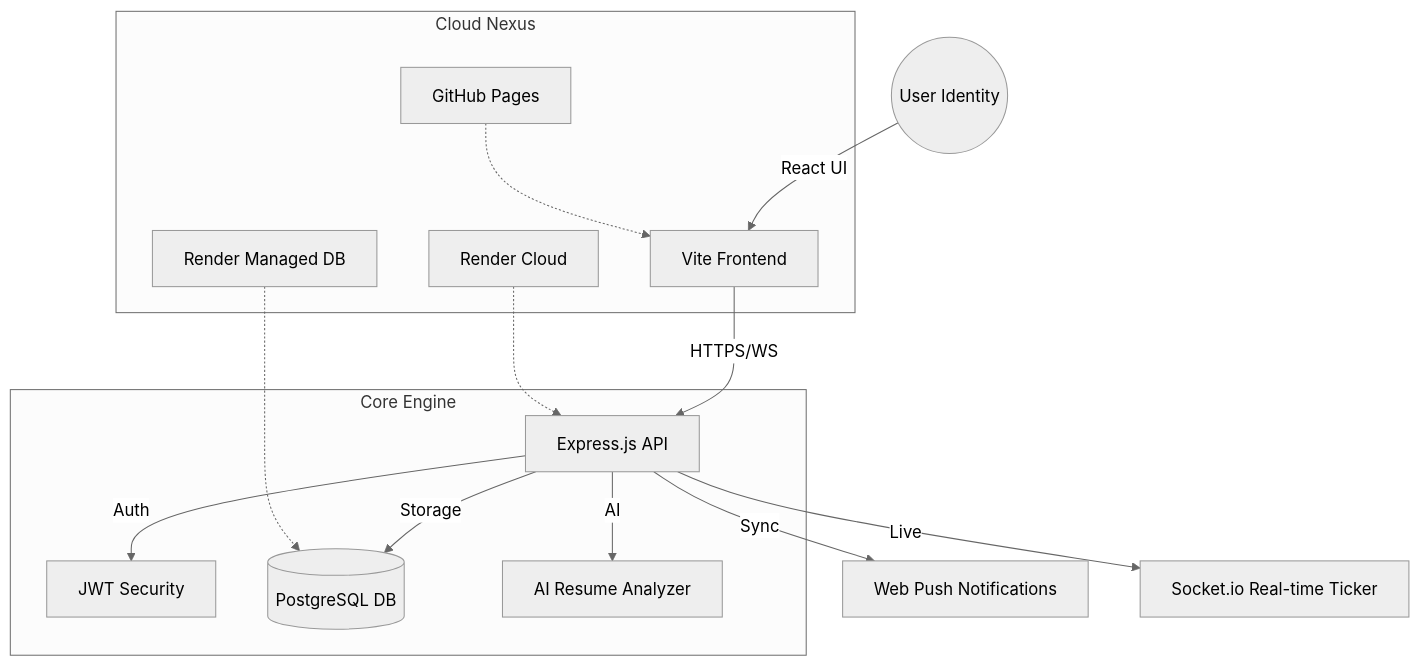
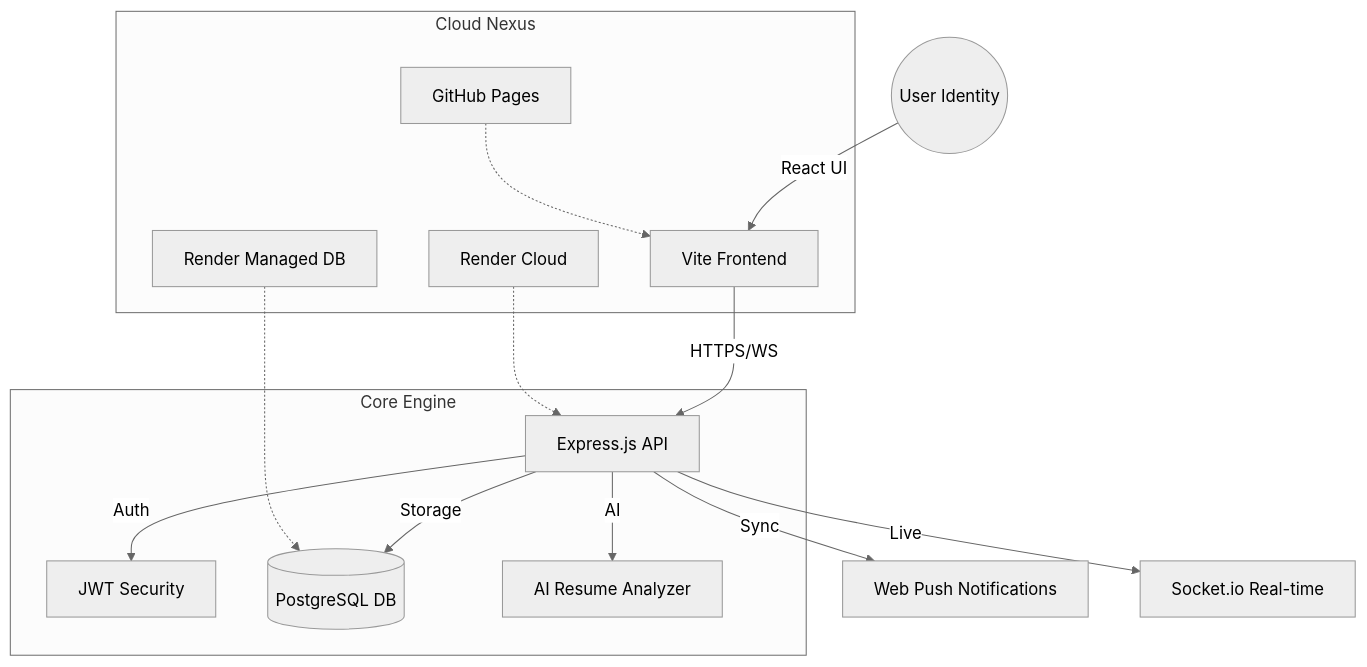
The diagram in README.md (hackerman567/alumini-dbms-final-), drawn with Mermaid (neutral theme) before and after one commit.

````diff
--- a/README.md
+++ b/README.md
@@ -20,20 +20,20 @@
 ```mermaid
 graph TD
     User((User Identity)) -->|React UI| Frontend[Vite Frontend]
     Frontend -->|HTTPS/WS| Backend[Express.js API]
     
     subgraph "Core Engine"
         Backend -->|Auth| JWT[JWT Security]
         Backend -->|Storage| PSQL[(PostgreSQL DB)]
         Backend -->|AI| Groq[AI Resume Analyzer]
     end
     
     subgraph "Cloud Nexus"
         GitHub[GitHub Pages] -.-> Frontend
         Render[Render Cloud] -.-> Backend
         DBCloud[Render Managed DB] -.-> PSQL
     end
     
     Backend -->|Sync| Push[Web Push Notifications]
-    Backend -->|Live| Socket[Socket.io Real-time Ticker]
+    Backend -->|Live| Socket[Socket.io Real-time ]
 ```
````
